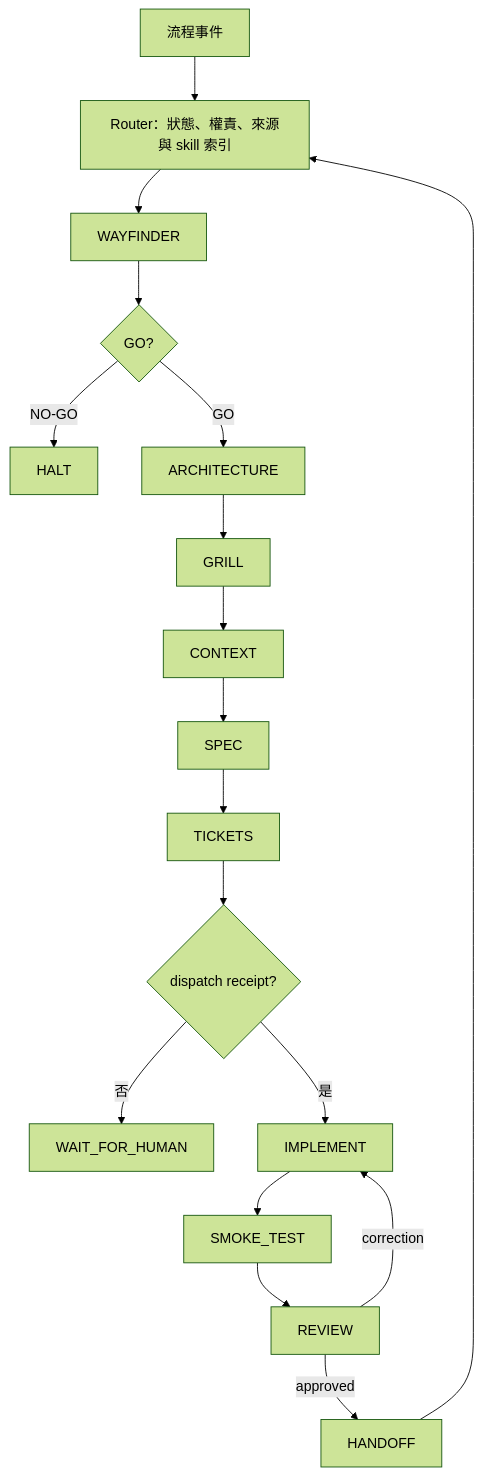
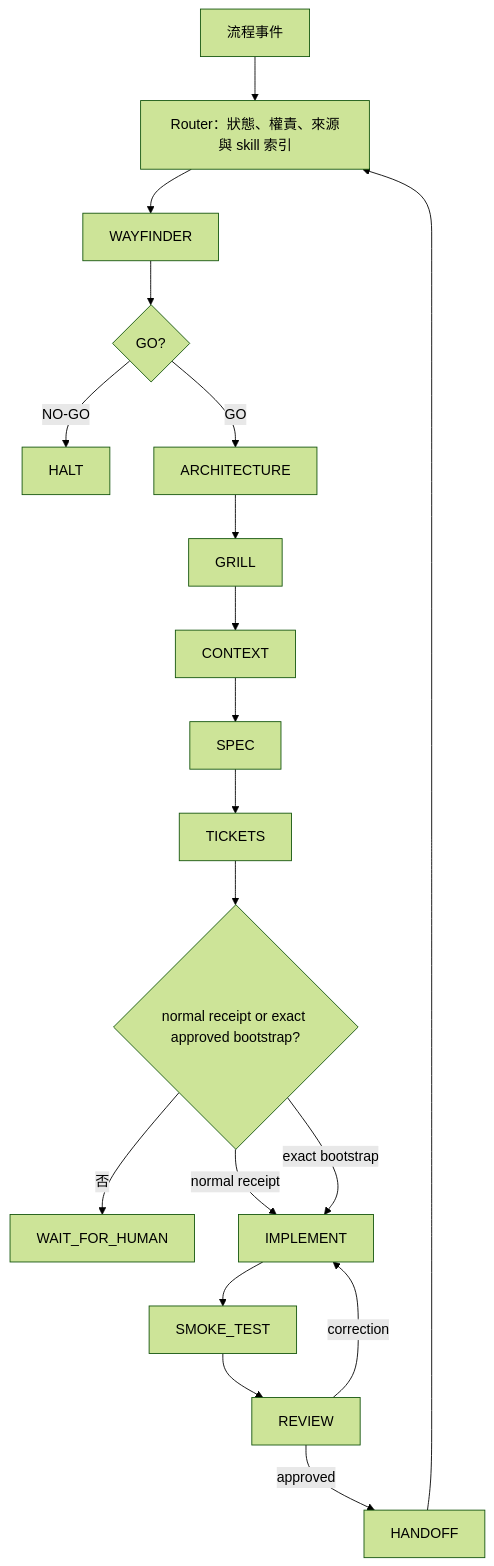
The diagram in Workflow.md (johnnyliu365-sys/Johnny_AI_Skill), drawn with Mermaid (forest theme) before and after one commit. The commit also changed other lines of this file and 7 other files, not shown here.

Commit message:
docs: define self-host bootstrap dispatch exception

````diff
--- a/Workflow.md
+++ b/Workflow.md
@@ -13,20 +13,21 @@
 ```mermaid
 flowchart TD
     A[流程事件] --> R[Router：狀態、權責、來源與 skill 索引]
     R --> W[WAYFINDER]
     W --> G{GO?}
     G -- NO-GO --> H[HALT]
     G -- GO --> AR[ARCHITECTURE]
     AR --> GR[GRILL]
     GR --> C[CONTEXT]
     C --> S[SPEC]
     S --> T[TICKETS]
-    T --> D{dispatch receipt?}
+    T --> D{normal receipt or exact approved bootstrap?}
     D -- 否 --> WH[WAIT_FOR_HUMAN]
-    D -- 是 --> I[IMPLEMENT]
+    D -- normal receipt --> I[IMPLEMENT]
+    D -- exact bootstrap --> I
     I --> ST[SMOKE_TEST]
     ST --> RV[REVIEW]
     RV -- correction --> I
     RV -- approved --> HO[HANDOFF]
     HO --> R
 ```
````
